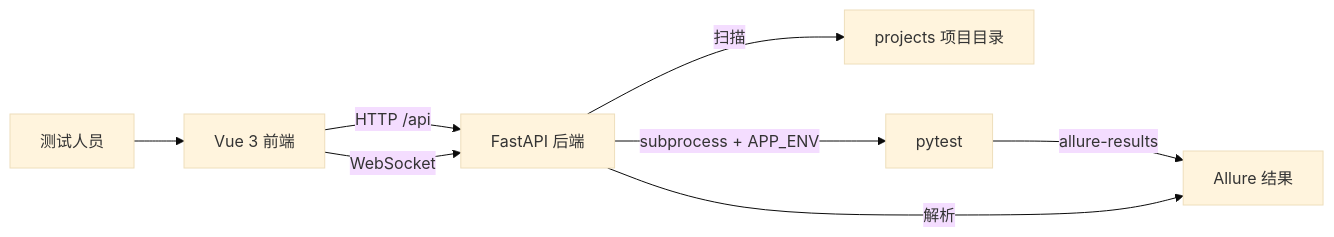
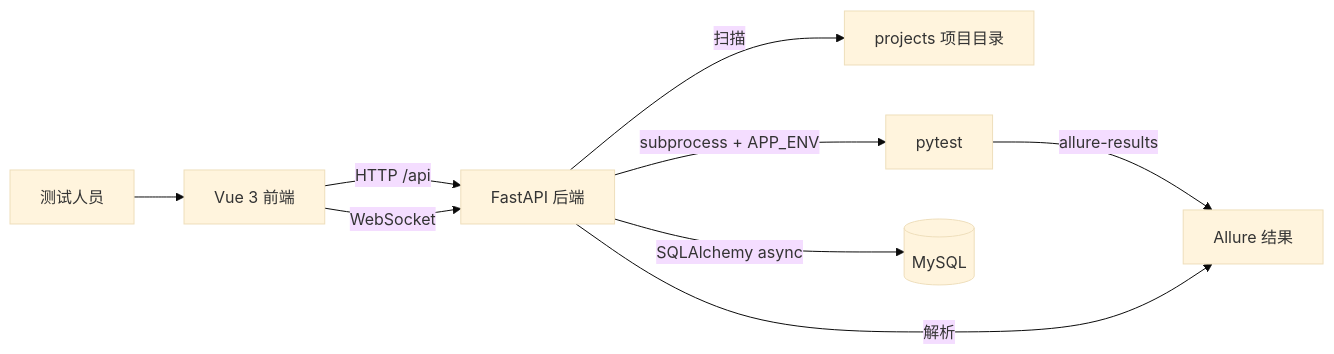
The first of 2 diagrams in docs/测试管理平台技术方案.md (Rogers501/automation-platform), drawn with Mermaid (base theme) before and after one commit. The commit also changed other lines of this file and 28 other files, not shown here.

````diff
--- a/docs/测试管理平台技术方案.md
+++ b/docs/测试管理平台技术方案.md
@@ -15,10 +15,11 @@
 ```mermaid
 flowchart LR
     U[测试人员] --> FE[Vue 3 前端]
     FE -->|HTTP /api| BE[FastAPI 后端]
     FE -->|WebSocket| BE
     BE -->|扫描| FS[projects 项目目录]
     BE -->|subprocess + APP_ENV| PY[pytest]
     PY -->|allure-results| AR[Allure 结果]
     BE -->|解析| AR
+    BE -->|SQLAlchemy async| DB[(MySQL)]
 ```
````
